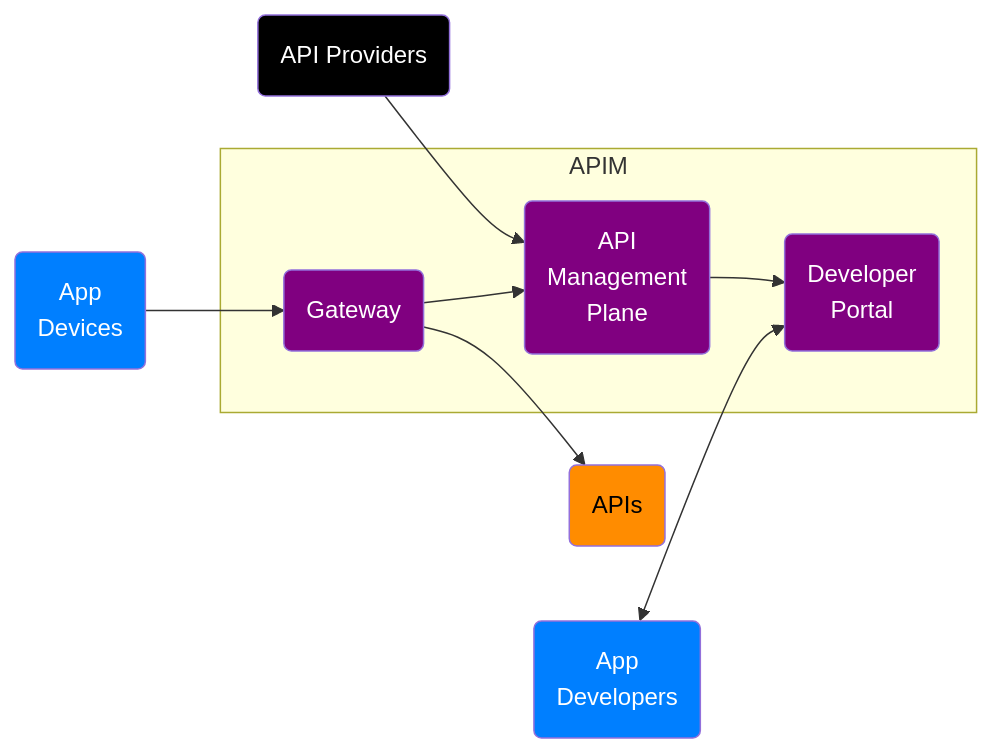
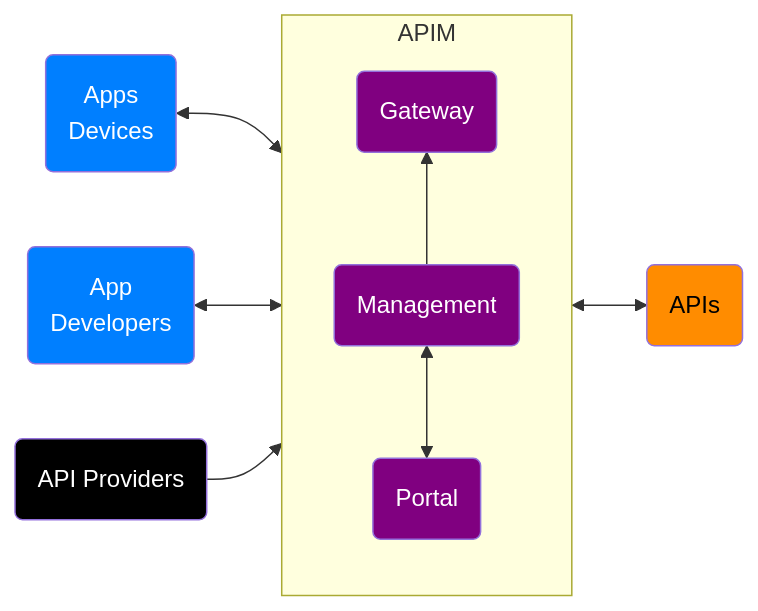
The first of 4 diagrams in README.md (msalemor/azure-apim-networking), drawn with Mermaid before and after one commit.

````diff
--- a/README.md
+++ b/README.md
@@ -15,23 +15,23 @@
 ```mermaid
 graph LR;
-  A(App<br/>Developers)<-->B;
-  subgraph "APIM"
-    B(Developer<br/>Portal);
-    D(API<br/>Management<br/>Plane);
-    E(Gateway);
+  APPS(Apps<br/>Devices)<-->GT;
+  DEVS(App<br/>Developers)<-->PT;
+  APP(API Providers)-->MG;
+  GT<-->APIS(APIs);
+  subgraph SG1["APIM"]
+    direction BT;
+    GT(Gateway);
+    MG(Management);
+    MG-->GT;
+    PT(Portal)<-->MG;
   end;
-  D-->B;
-  C(App<br/>Devices)-->E;
-  E-->D;
-  E-->G(APIs);
-  H(API Providers)-->D;
   classDef internet fill:#007FFF,color:white;
   classDef unsafe fill:#ff3333,color:white;
   classDef semisafe fill:darkorange,color:black;
   classDef safe fill:purple,color:white;
   classDef text fill:black,color:white;
-  class A,C internet;
-  class B,D,E safe;
-  class G semisafe;
-  class H text;
+  class APPS,DEVS internet;
+  class GT,PT,MG safe;
+  class APIS semisafe;
+  class APP text;
 ```
````
